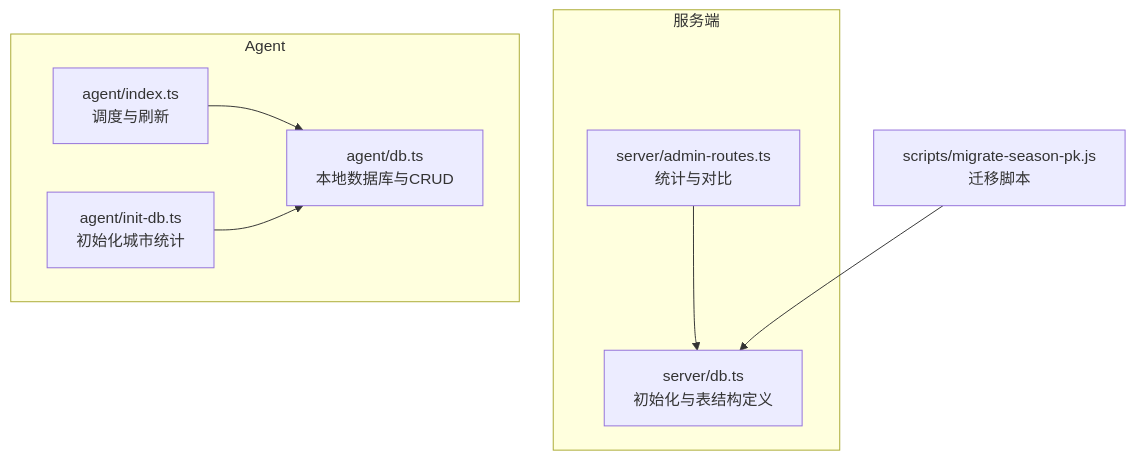
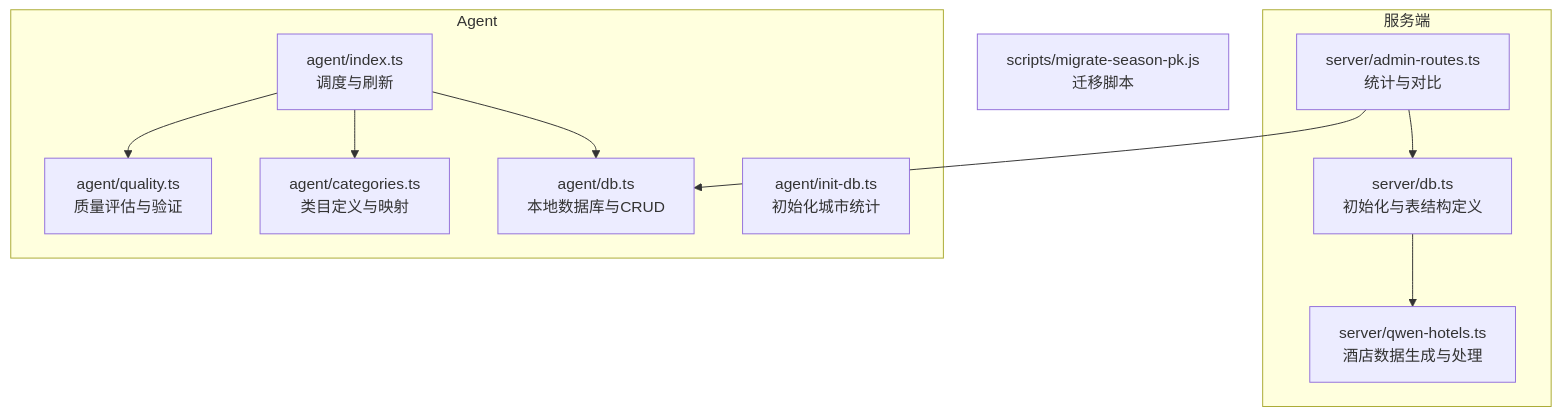
The first of 12 diagrams in .qoder/repowiki/zh/content/后端API架构/数据库层设计/数据库层设计.md (ititjjy/AITrip-plan), drawn with Mermaid before and after one commit. The commit also changed other lines of this file and 144 other files, not shown here.

````diff
--- a/.qoder/repowiki/zh/content/后端API架构/数据库层设计/数据库层设计.md
+++ b/.qoder/repowiki/zh/content/后端API架构/数据库层设计/数据库层设计.md
@@ -48,17 +62,22 @@
 ```mermaid
 graph TB
 subgraph "服务端"
 S_DB["server/db.ts<br/>初始化与表结构定义"]
+S_Qwen["server/qwen-hotels.ts<br/>酒店数据生成与处理"]
 S_Admin["server/admin-routes.ts<br/>统计与对比"]
 end
 subgraph "Agent"
 A_DB["agent/db.ts<br/>本地数据库与CRUD"]
+A_Categories["agent/categories.ts<br/>类目定义与映射"]
+A_Quality["agent/quality.ts<br/>质量评估与验证"]
 A_Init["agent/init-db.ts<br/>初始化城市统计"]
 A_Index["agent/index.ts<br/>调度与刷新"]
 end
 Scripts["scripts/migrate-season-pk.js<br/>迁移脚本"]
 S_Admin --> S_DB
+S_Admin --> A_DB
 A_Index --> A_DB
-A_Init --> A_DB
-Scripts --> S_DB
+A_Index --> A_Categories
+A_Index --> A_Quality
+S_DB --> S_Qwen
 ```
````
